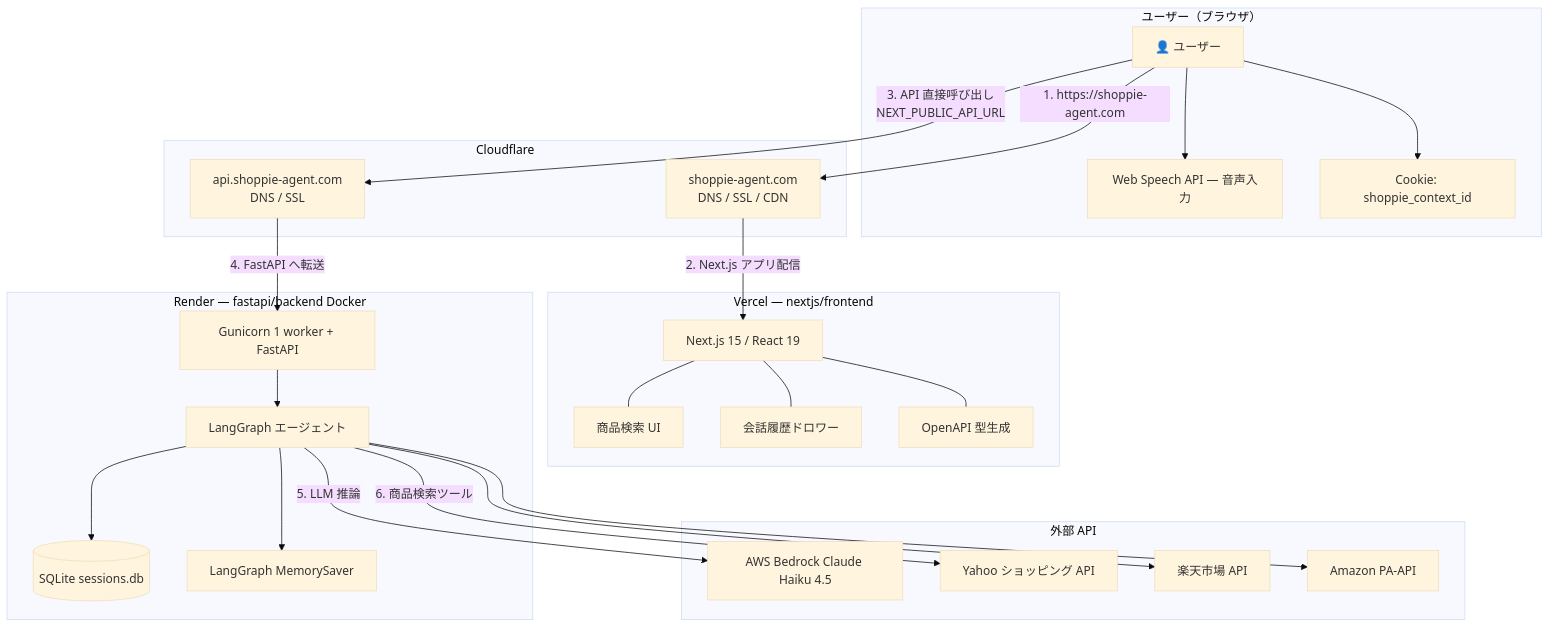
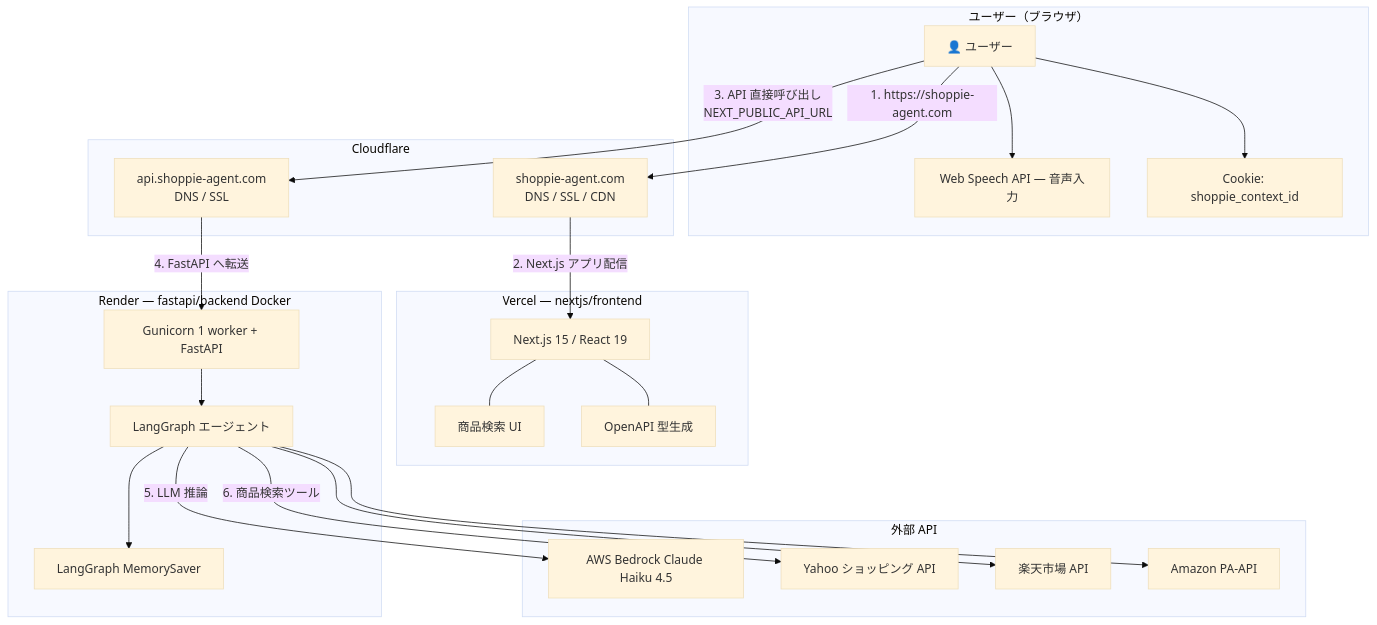
The first of 2 diagrams in README.md (koichi2426/Shoppie), drawn with Mermaid (base theme) before and after one commit. The commit also changed other lines of this file and 25 other files, not shown here.

````diff
--- a/README.md
+++ b/README.md
@@ -58,54 +58,50 @@
 ```mermaid
 graph TD
     subgraph Browser["ユーザー（ブラウザ）"]
         A[👤 ユーザー]
         A1[Web Speech API — 音声入力]
         A2[Cookie: shoppie_context_id]
     end
 
     subgraph CF["Cloudflare"]
         B1[shoppie-agent.com<br/>DNS / SSL / CDN]
         B2[api.shoppie-agent.com<br/>DNS / SSL]
     end
 
     subgraph Vercel["Vercel — nextjs/frontend"]
         C["Next.js 15 / React 19"]
         C1["商品検索 UI"]
-        C2["会話履歴ドロワー"]
         C3["OpenAPI 型生成"]
     end
 
     subgraph Render["Render — fastapi/backend Docker"]
         D["Gunicorn 1 worker + FastAPI"]
         E["LangGraph エージェント"]
-        F[("SQLite sessions.db")]
         G["LangGraph MemorySaver"]
     end
 
     subgraph External["外部 API"]
         H["AWS Bedrock Claude Haiku 4.5"]
         I["Yahoo ショッピング API"]
         J["楽天市場 API"]
         K["Amazon PA-API"]
     end
 
     A --> A1
     A --> A2
 
     A -- "1. https://shoppie-agent.com" --> B1
     B1 -- "2. Next.js アプリ配信" --> C
     C --- C1
-    C --- C2
     C --- C3
 
     A -- "3. API 直接呼び出し<br/>NEXT_PUBLIC_API_URL" --> B2
     B2 -- "4. FastAPI へ転送" --> D
 
     D --> E
-    E --> F
     E --> G
     E -- "5. LLM 推論" --> H
     E -- "6. 商品検索ツール" --> I
     E --> J
     E --> K
 ```
````
